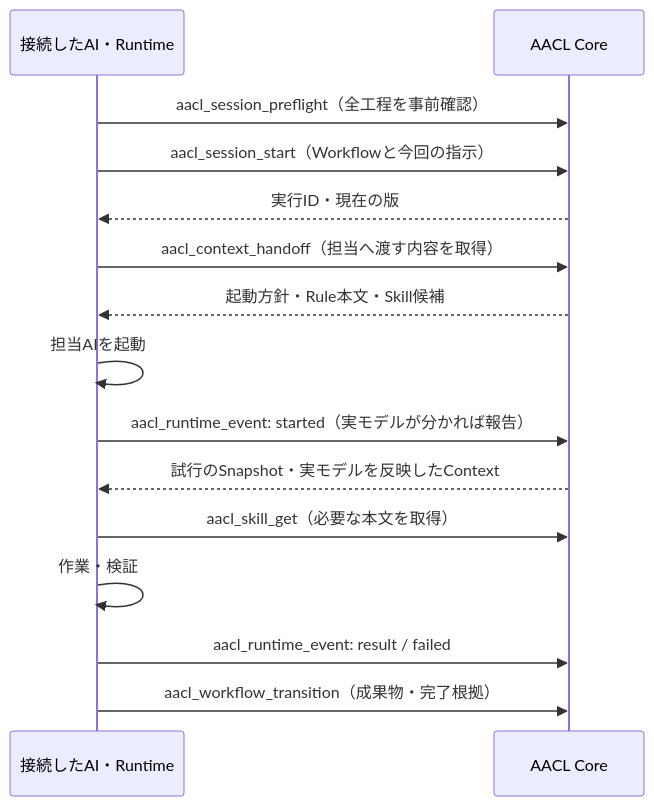
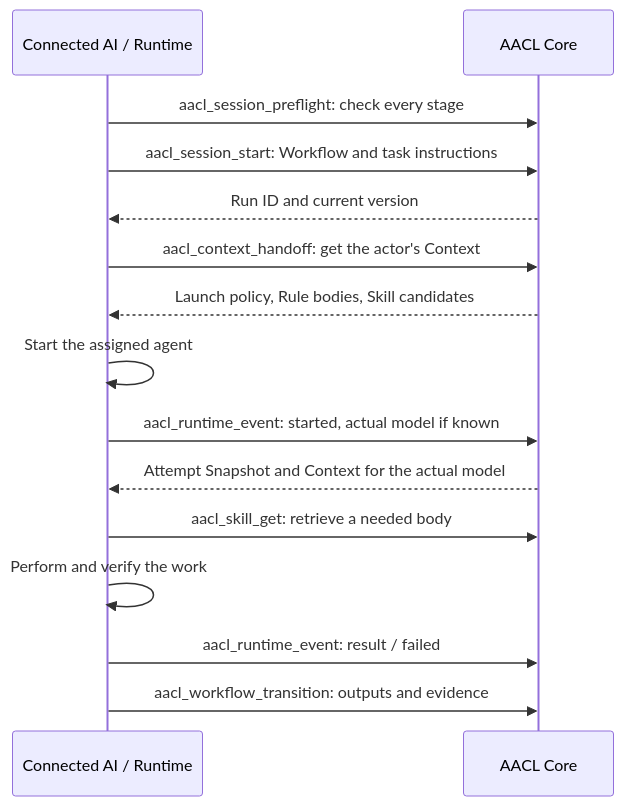
The sixth of 8 diagrams in README.md (Memoria-ll/agent-asset-control-layer), drawn with Mermaid before and after one commit. The commit also changed other lines of this file and 1 other file, not shown here.

````diff
--- a/README.md
+++ b/README.md
@@ -156,17 +158,17 @@
 ```mermaid
 sequenceDiagram
-    participant AI as 接続したAI・Runtime
+    participant AI as Connected AI / Runtime
     participant Core as AACL Core
-    AI->>Core: aacl_session_preflight（全工程を事前確認）
-    AI->>Core: aacl_session_start（Workflowと今回の指示）
-    Core-->>AI: 実行ID・現在の版
-    AI->>Core: aacl_context_handoff（担当へ渡す内容を取得）
-    Core-->>AI: 起動方針・Rule本文・Skill候補
-    AI->>AI: 担当AIを起動
-    AI->>Core: aacl_runtime_event: started（実モデルが分かれば報告）
-    Core-->>AI: 試行のSnapshot・実モデルを反映したContext
-    AI->>Core: aacl_skill_get（必要な本文を取得）
-    AI->>AI: 作業・検証
+    AI->>Core: aacl_session_preflight: check every stage
+    AI->>Core: aacl_session_start: Workflow and task instructions
+    Core-->>AI: Run ID and current version
+    AI->>Core: aacl_context_handoff: get the actor's Context
+    Core-->>AI: Launch policy, Rule bodies, Skill candidates
+    AI->>AI: Start the assigned agent
+    AI->>Core: aacl_runtime_event: started, actual model if known
+    Core-->>AI: Attempt Snapshot and Context for the actual model
+    AI->>Core: aacl_skill_get: retrieve a needed body
+    AI->>AI: Perform and verify the work
     AI->>Core: aacl_runtime_event: result / failed
-    AI->>Core: aacl_workflow_transition（成果物・完了根拠）
+    AI->>Core: aacl_workflow_transition: outputs and evidence
 ```
````
